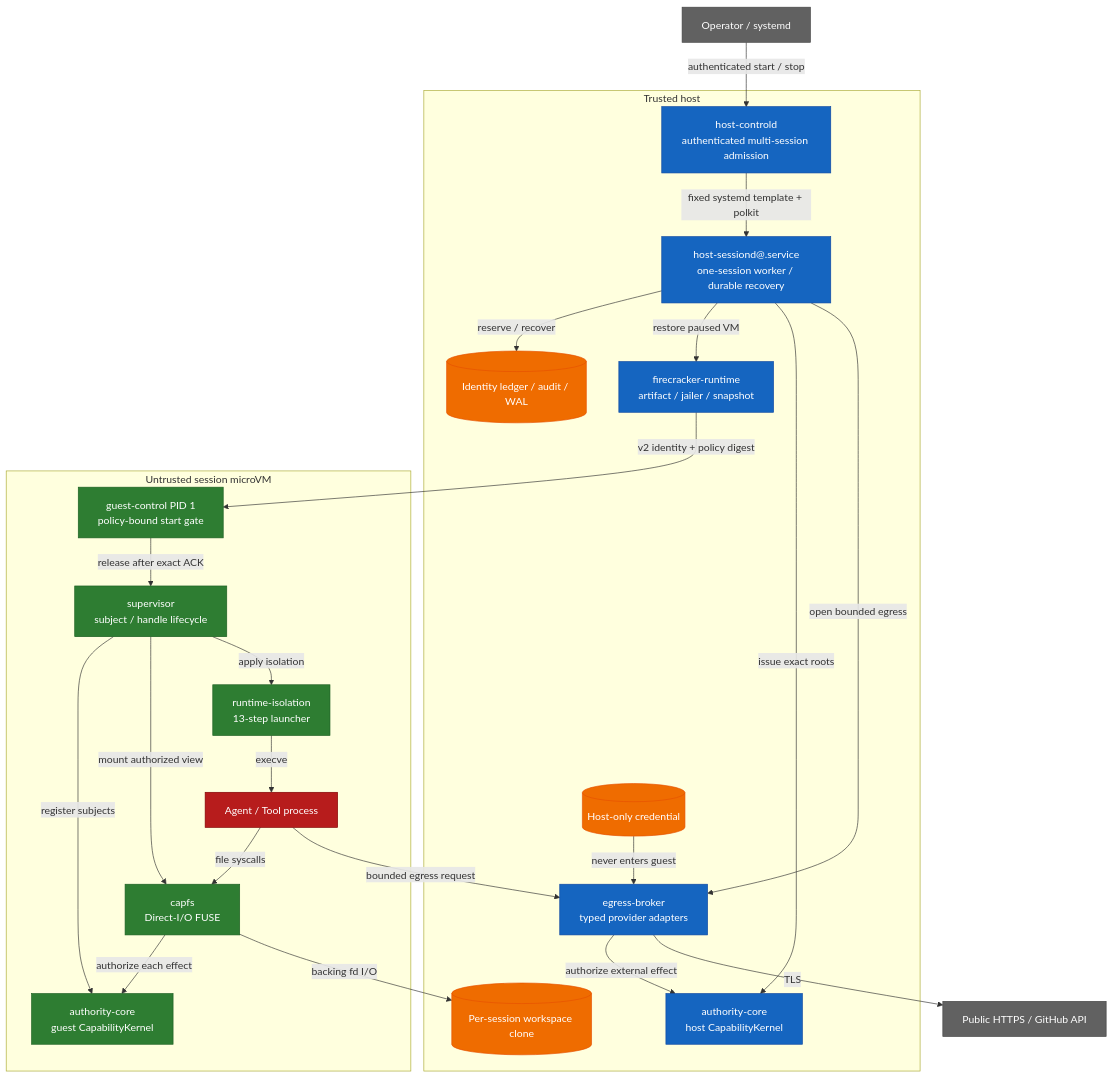
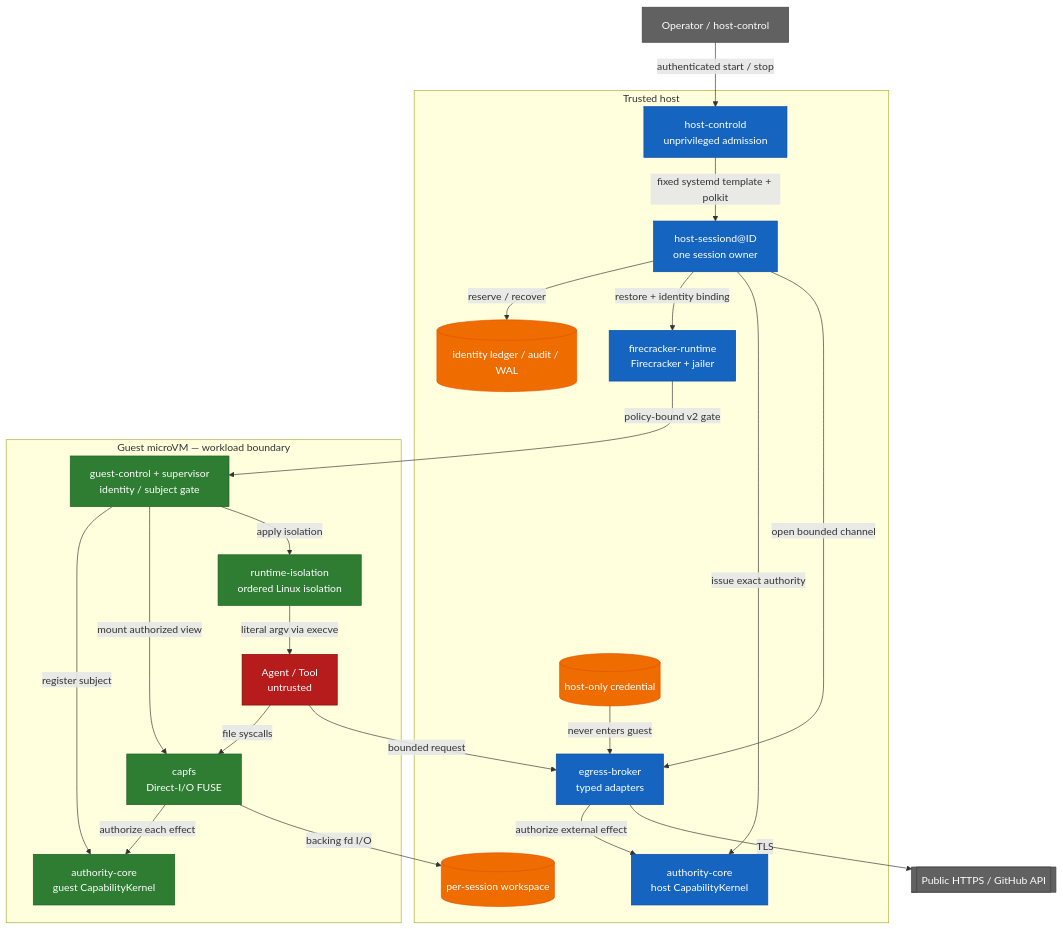
The diagram in README.md (Aqua-218/SecCamp-AIAgent), drawn with Mermaid before and after one commit. The commit also changed other lines of this file, not shown here.

````diff
--- a/README.md
+++ b/README.md
@@ -58,56 +65,54 @@
 ```mermaid
 flowchart TB
-    operator["Operator / systemd"]
-    external["Public HTTPS / GitHub API"]
+    operator["Operator / host-control"]
+    external[["Public HTTPS / GitHub API"]]
 
     subgraph host["Trusted host"]
-        controller["host-controld<br/>authenticated multi-session admission"]
-        orchestrator["host-sessiond@.service<br/>one-session worker / durable recovery"]
-        hostAuthority["authority-core<br/>host CapabilityKernel"]
-        runtime["firecracker-runtime<br/>artifact / jailer / snapshot"]
-        broker["egress-broker<br/>typed provider adapters"]
-        ledger[("Identity ledger / audit / WAL")]
-        credential[("Host-only credential")]
-        workspace[("Per-session workspace clone")]
+        controller["host-controld<br/>unprivileged admission"]
+        worker["host-sessiond@ID<br/>one session owner"]
+        authority["authority-core<br/>host CapabilityKernel"]
+        runtime["firecracker-runtime<br/>Firecracker + jailer"]
+        broker["egress-broker<br/>typed adapters"]
+        ledger[("identity ledger / audit / WAL")]
+        workspace[("per-session workspace")]
+        credential[("host-only credential")]
     end
 
-    subgraph guest["Untrusted session microVM"]
-        guestControl["guest-control PID 1<br/>policy-bound start gate"]
-        supervisor["supervisor<br/>subject / handle lifecycle"]
-        guestAuthority["authority-core<br/>guest CapabilityKernel"]
+    subgraph guest["Guest microVM — workload boundary"]
+        guest_gate["guest-control + supervisor<br/>identity / subject gate"]
+        guest_authority["authority-core<br/>guest CapabilityKernel"]
         capfs["capfs<br/>Direct-I/O FUSE"]
-        isolation["runtime-isolation<br/>13-step launcher"]
-        agent["Agent / Tool process"]
+        isolation["runtime-isolation<br/>ordered Linux isolation"]
+        workload["Agent / Tool<br/>untrusted"]
     end
 
     operator -->|"authenticated start / stop"| controller
-    controller -->|"fixed systemd template + polkit"| orchestrator
-    orchestrator -->|"reserve / recover"| ledger
-    orchestrator -->|"restore paused VM"| runtime
-    orchestrator -->|"issue exact roots"| hostAuthority
-    orchestrator -->|"open bounded egress"| broker
-    runtime -->|"v2 identity + policy digest"| guestControl
-    guestControl -->|"release after exact ACK"| supervisor
-    supervisor -->|"register subjects"| guestAuthority
-    supervisor -->|"mount authorized view"| capfs
-    supervisor -->|"apply isolation"| isolation
-    isolation -->|"execve"| agent
-    agent -->|"file syscalls"| capfs
-    capfs -->|"authorize each effect"| guestAuthority
+    controller -->|"fixed systemd template + polkit"| worker
+    worker -->|"reserve / recover"| ledger
+    worker -->|"restore + identity binding"| runtime
+    worker -->|"issue exact authority"| authority
+    worker -->|"open bounded channel"| broker
+    runtime -->|"policy-bound v2 gate"| guest_gate
+    guest_gate -->|"register subject"| guest_authority
+    guest_gate -->|"mount authorized view"| capfs
+    guest_gate -->|"apply isolation"| isolation
+    isolation -->|"literal argv via execve"| workload
+    workload -->|"file syscalls"| capfs
+    capfs -->|"authorize each effect"| guest_authority
     capfs -->|"backing fd I/O"| workspace
-    agent -->|"bounded egress request"| broker
-    broker -->|"authorize external effect"| hostAuthority
+    workload -->|"bounded request"| broker
+    broker -->|"authorize external effect"| authority
     credential -->|"never enters guest"| broker
     broker -->|"TLS"| external
 
     classDef trusted fill:#1565c0,color:#fff,stroke:#0d47a1;
     classDef guestService fill:#2e7d32,color:#fff,stroke:#1b5e20;
     classDef untrusted fill:#b71c1c,color:#fff,stroke:#7f0000;
     classDef storage fill:#ef6c00,color:#fff,stroke:#e65100;
     classDef outside fill:#616161,color:#fff,stroke:#424242;
-    class controller,orchestrator,hostAuthority,runtime,broker trusted;
-    class guestControl,supervisor,guestAuthority,capfs,isolation guestService;
-    class agent untrusted;
-    class ledger,credential,workspace storage;
+    class controller,worker,authority,runtime,broker trusted;
+    class guest_gate,guest_authority,capfs,isolation guestService;
+    class workload untrusted;
+    class ledger,workspace,credential storage;
     class operator,external outside;
 ```
````
